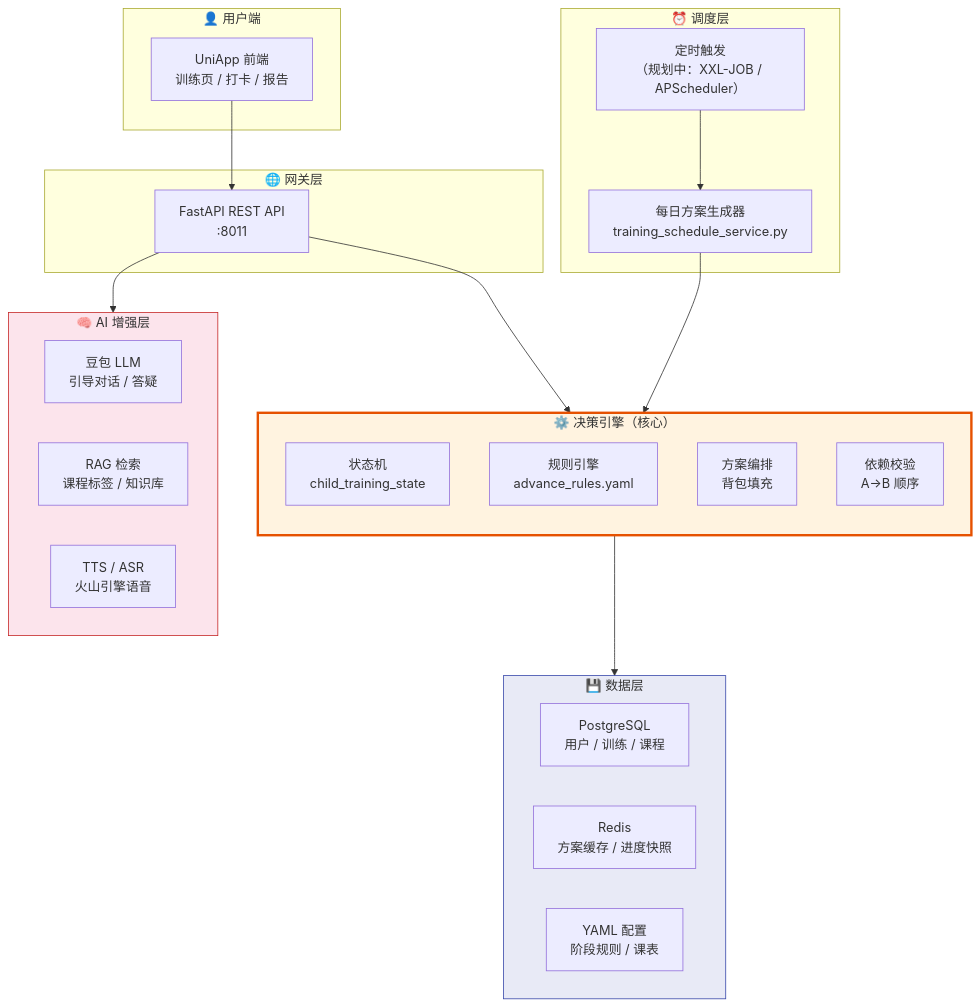
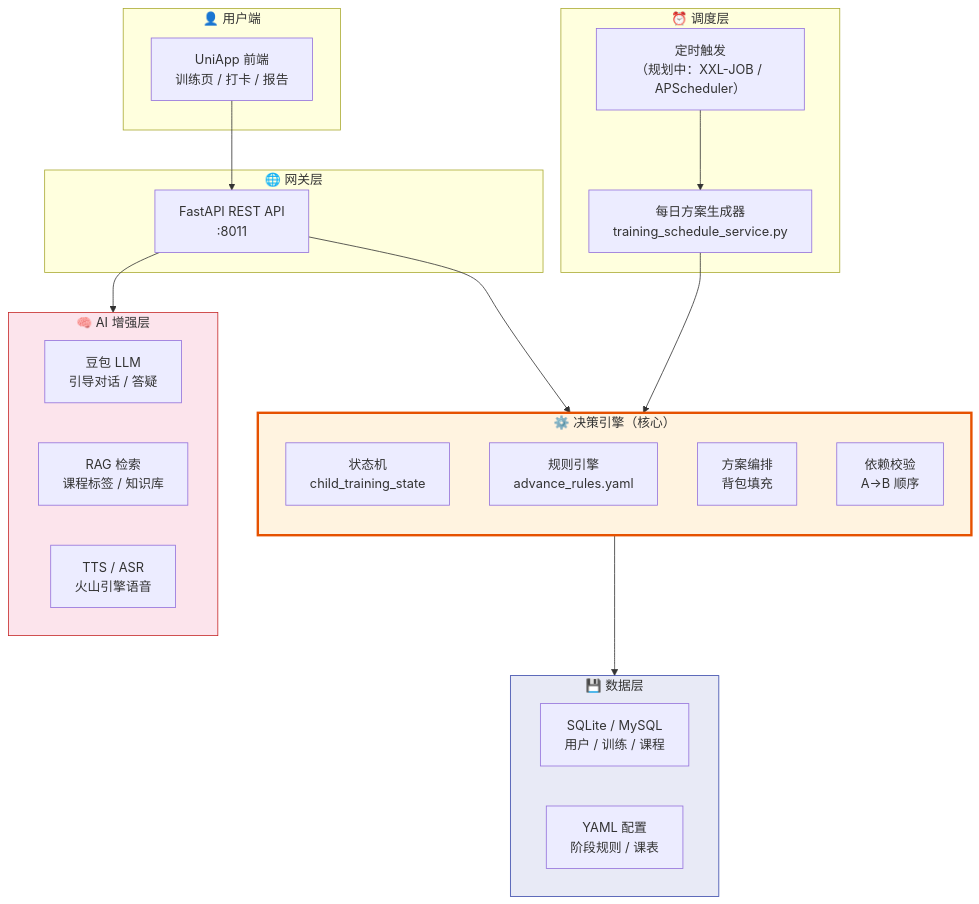
The eighth of 8 diagrams in docs/体系架构设计.md (quppwork/Jnao_tianfu_daka), drawn with Mermaid before and after one commit. The commit also changed other lines of this file and 23 other files, not shown here.

````diff
--- a/docs/体系架构设计.md
+++ b/docs/体系架构设计.md
@@ -371,46 +350,45 @@
 ```mermaid
 graph TB
     subgraph USER["👤 用户端"]
         APP["UniApp 前端<br/>训练页 / 打卡 / 报告"]
     end
 
     subgraph GATEWAY["🌐 网关层"]
         API["FastAPI REST API<br/>:8011"]
     end
 
     subgraph SCHEDULER["⏰ 调度层"]
         CRON["定时触发<br/>（规划中：XXL-JOB / APScheduler）"]
         GEN["每日方案生成器<br/>training_schedule_service.py"]
     end
 
     subgraph ENGINE["⚙️ 决策引擎（核心）"]
         direction TB
         SM2["状态机<br/>child_training_state"]
         RE2["规则引擎<br/>advance_rules.yaml"]
         PLAN2["方案编排<br/>背包填充"]
         DEP2["依赖校验<br/>A→B 顺序"]
     end
 
     subgraph STORAGE["💾 数据层"]
-        PG["PostgreSQL<br/>用户 / 训练 / 课程"]
-        REDIS["Redis<br/>方案缓存 / 进度快照"]
+        DB2["SQLite / MySQL<br/>用户 / 训练 / 课程"]
         YML["YAML 配置<br/>阶段规则 / 课表"]
     end
 
     subgraph AI["🧠 AI 增强层"]
         DOUBAO["豆包 LLM<br/>引导对话 / 答疑"]
         RAG["RAG 检索<br/>课程标签 / 知识库"]
         TTS["TTS / ASR<br/>火山引擎语音"]
     end
 
     APP --> API
     API --> ENGINE
     CRON --> GEN
     GEN --> ENGINE
     ENGINE --> STORAGE
     API --> AI
 
     style ENGINE fill:#fff3e0,stroke:#e65100,stroke-width:3px
     style STORAGE fill:#e8eaf6,stroke:#3949ab
     style AI fill:#fce4ec,stroke:#c62828
 ```
````
